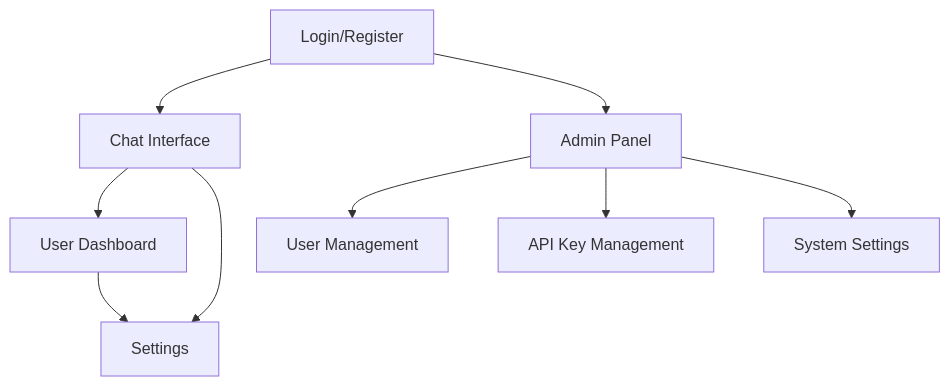
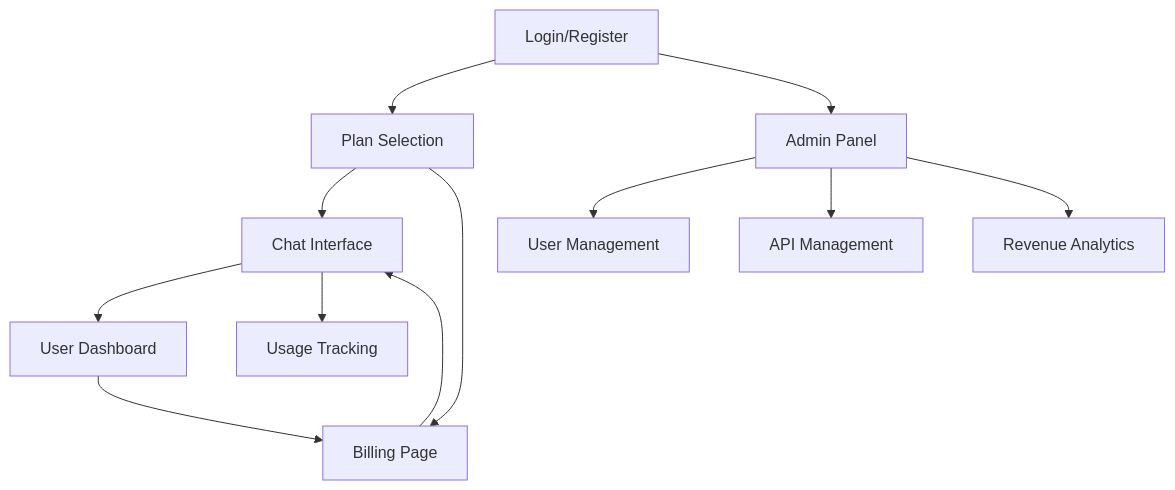
One commit to ADH36/senc-ai changed the diagram in .trae/documents/ai-chatbot-platform-requirements.md. Above: the diagram before and after it, drawn with Mermaid. The commit also changed other lines of this file and 14 other files, not shown here.

First line of the commit message:
feat(billing): add subscription and billing system with Stripe integration

````diff
--- a/.trae/documents/ai-chatbot-platform-requirements.md
+++ b/.trae/documents/ai-chatbot-platform-requirements.md
@@ -46,11 +61,14 @@
 ```mermaid
 graph TD
-  A[Login/Register] --> B[Chat Interface]
-  B --> C[User Dashboard]
-  A --> D[Admin Panel]
-  D --> E[User Management]
-  D --> F[API Key Management]
-  D --> G[System Settings]
-  B --> H[Settings]
-  C --> H
+  A[Login/Register] --> B[Plan Selection]
+  B --> C[Chat Interface]
+  C --> D[User Dashboard]
+  B --> E[Billing Page]
+  E --> C
+  A --> F[Admin Panel]
+  F --> G[User Management]
+  F --> H[API Management]
+  F --> I[Revenue Analytics]
+  D --> E
+  C --> J[Usage Tracking]
 ```
````
